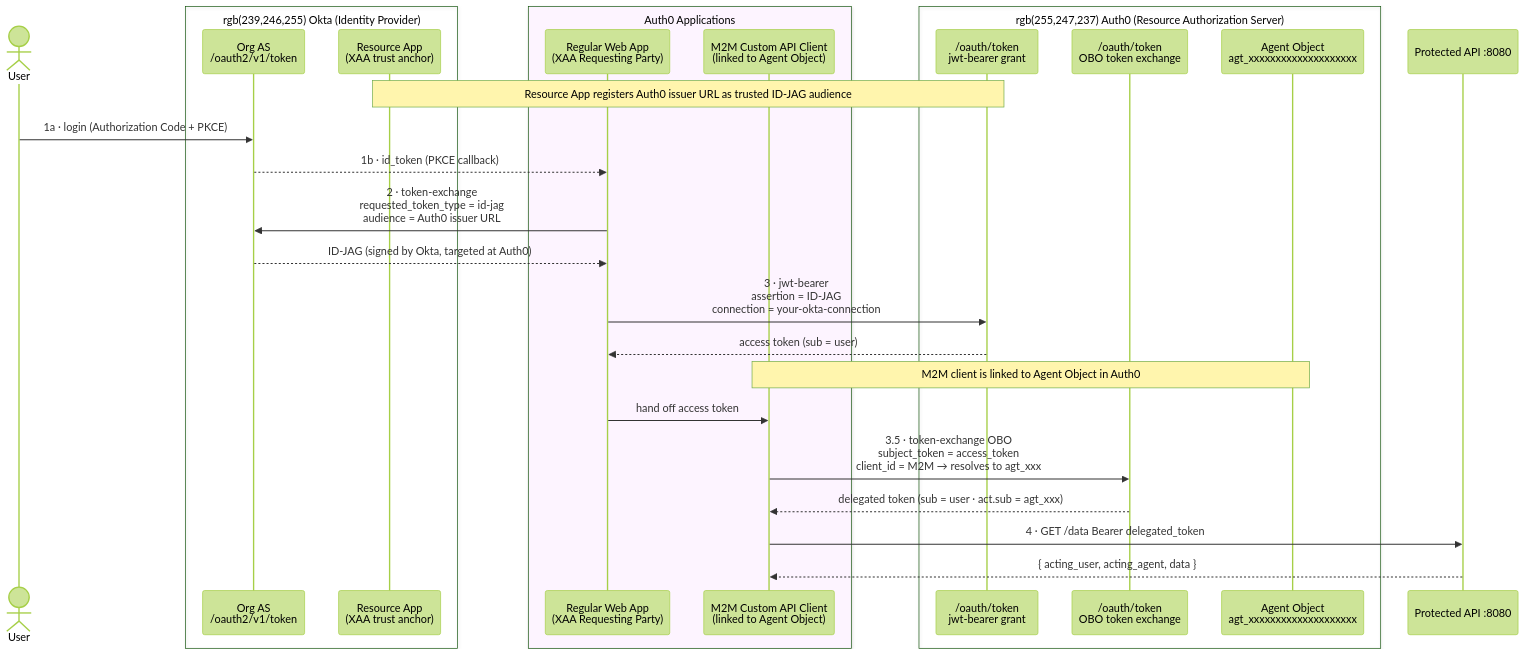
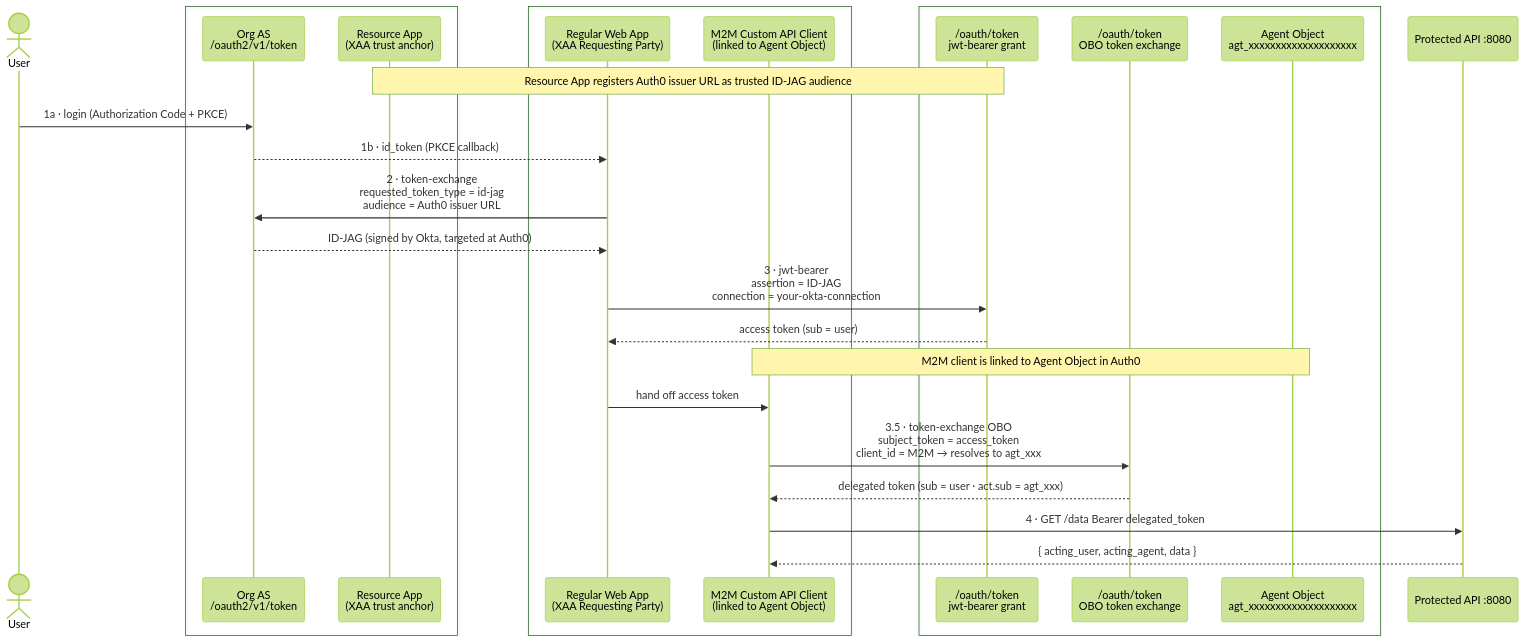
Before and after one commit to patilkapil/a0_xaa_agent_principal: the diagram in README.md, drawn with Mermaid (forest theme).

Commit message:
updating the box color

````diff
--- a/README.md
+++ b/README.md
@@ -35,41 +35,41 @@
 ```mermaid
 sequenceDiagram
     actor User
 
-    box rgb(239,246,255) Okta (Identity Provider)
+    box #EFF6FF Okta (Identity Provider)
         participant OrgAS as Org AS<br/>/oauth2/v1/token
         participant ResApp as Resource App<br/>(XAA trust anchor)
     end
 
-    box rgb(253,244,255) Auth0 Applications
+    box #FDF4FF Auth0 Applications
         participant RWA as Regular Web App<br/>(XAA Requesting Party)
         participant M2M as M2M Custom API Client<br/>(linked to Agent Object)
     end
 
-    box rgb(255,247,237) Auth0 (Resource Authorization Server)
+    box #FFF7ED Auth0 (Resource Authorization Server)
         participant A0JWT as /oauth/token<br/>jwt-bearer grant
         participant A0OBO as /oauth/token<br/>OBO token exchange
         participant Agent as Agent Object<br/>agt_xxxxxxxxxxxxxxxxxxxx
     end
 
     participant API as Protected API :8080
 
     Note over ResApp,A0JWT: Resource App registers Auth0 issuer URL as trusted ID-JAG audience
 
     User->>OrgAS: 1a · login (Authorization Code + PKCE)
     OrgAS-->>RWA: 1b · id_token (PKCE callback)
 
     RWA->>OrgAS: 2 · token-exchange<br/>requested_token_type = id-jag<br/>audience = Auth0 issuer URL
     OrgAS-->>RWA: ID-JAG (signed by Okta, targeted at Auth0)
 
     RWA->>A0JWT: 3 · jwt-bearer<br/>assertion = ID-JAG<br/>connection = your-okta-connection
     A0JWT-->>RWA: access token (sub = user)
 
     Note over M2M,Agent: M2M client is linked to Agent Object in Auth0
     RWA->>M2M: hand off access token
     M2M->>A0OBO: 3.5 · token-exchange OBO<br/>subject_token = access_token<br/>client_id = M2M → resolves to agt_xxx
     A0OBO-->>M2M: delegated token (sub = user · act.sub = agt_xxx)
 
     M2M->>API: 4 · GET /data  Bearer delegated_token
     API-->>M2M: { acting_user, acting_agent, data }
 ```
````
